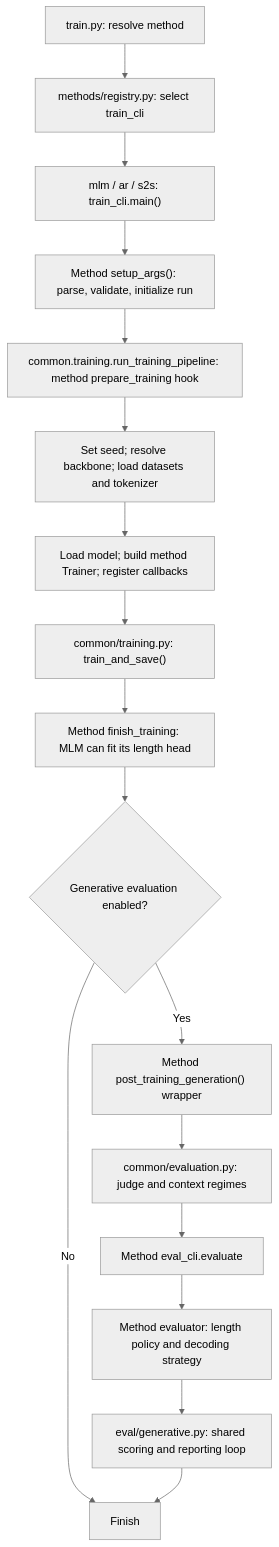
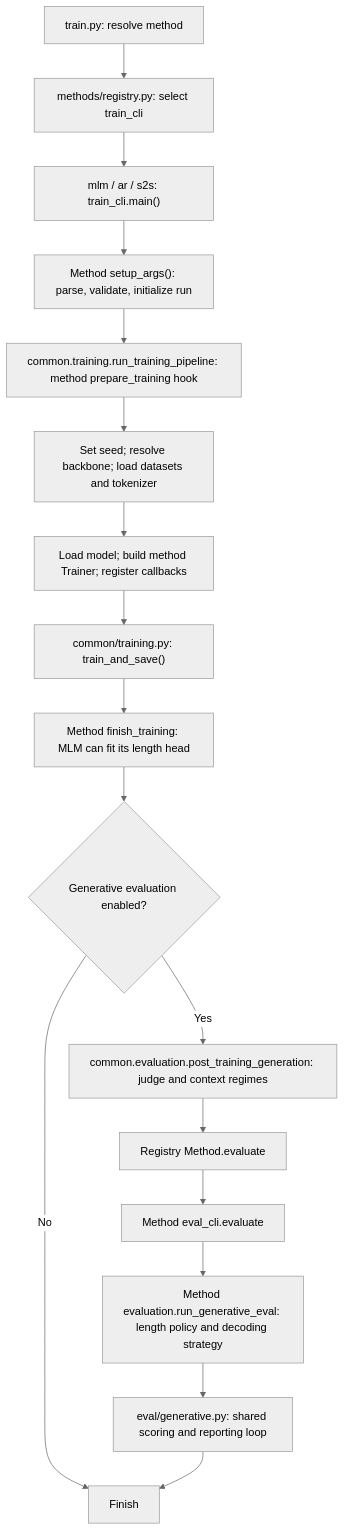
The third of 3 diagrams in cdrseqgen/methods/common/README.md (PangXH842/CDRSeqGen), drawn with Mermaid (neutral theme) before and after one commit. The commit also changed other lines of this file and 36 other files, not shown here.

````diff
--- a/cdrseqgen/methods/common/README.md
+++ b/cdrseqgen/methods/common/README.md
@@ -130,19 +148,19 @@
 ```mermaid
 flowchart TD
     T["train.py: resolve method"] --> R["methods/registry.py: select train_cli"]
     R --> A["mlm / ar / s2s: train_cli.main()"]
     A --> B["Method setup_args(): parse, validate, initialize run"]
     B --> M["common.training.run_training_pipeline: method prepare_training hook"]
     M --> C["Set seed; resolve backbone; load datasets and tokenizer"]
     C --> D["Load model; build method Trainer; register callbacks"]
     D --> E["common/training.py: train_and_save()"]
     E --> F["Method finish_training: MLM can fit its length head"]
     F --> G{"Generative evaluation enabled?"}
-    G -->|Yes| H["Method post_training_generation() wrapper"]
-    H --> I["common/evaluation.py: judge and context regimes"]
+    G -->|Yes| H["common.evaluation.post_training_generation: judge and context regimes"]
+    H --> I["Registry Method.evaluate"]
     I --> Q["Method eval_cli.evaluate"]
-    Q --> J["Method evaluator: length policy and decoding strategy"]
+    Q --> J["Method evaluation.run_generative_eval: length policy and decoding strategy"]
     J --> K["eval/generative.py: shared scoring and reporting loop"]
     G -->|No| Z["Finish"]
     K --> Z
 ```
````
